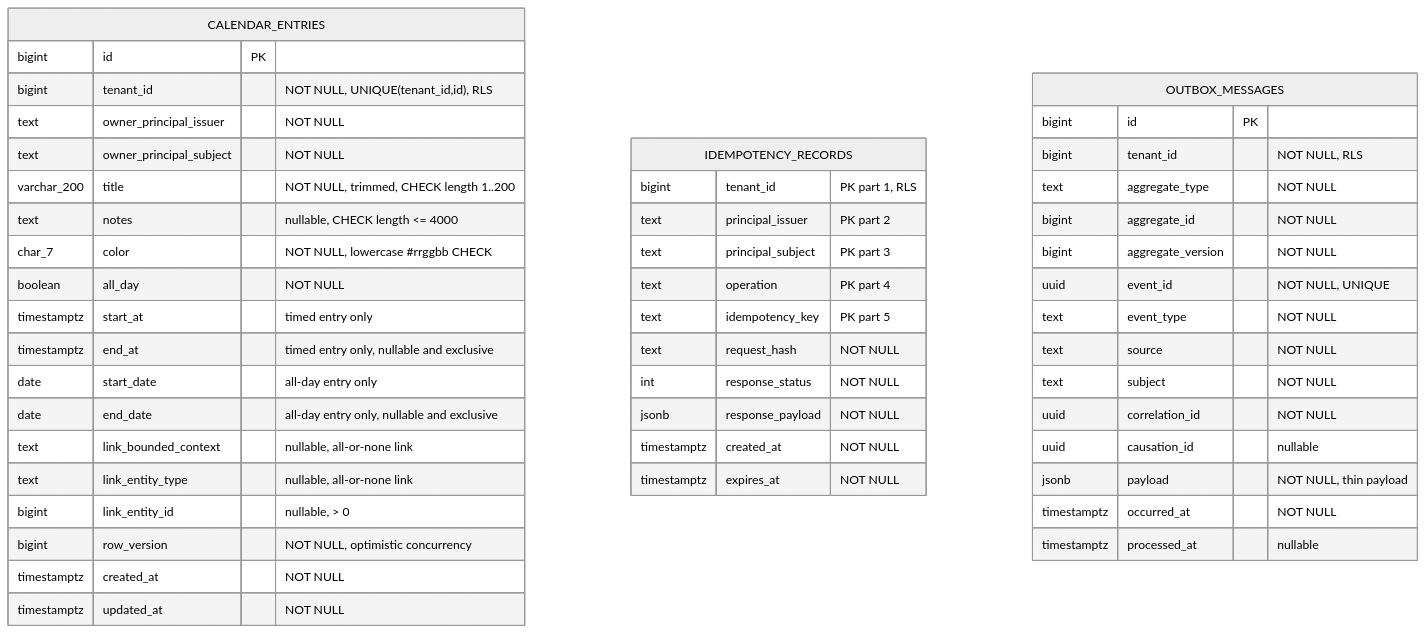
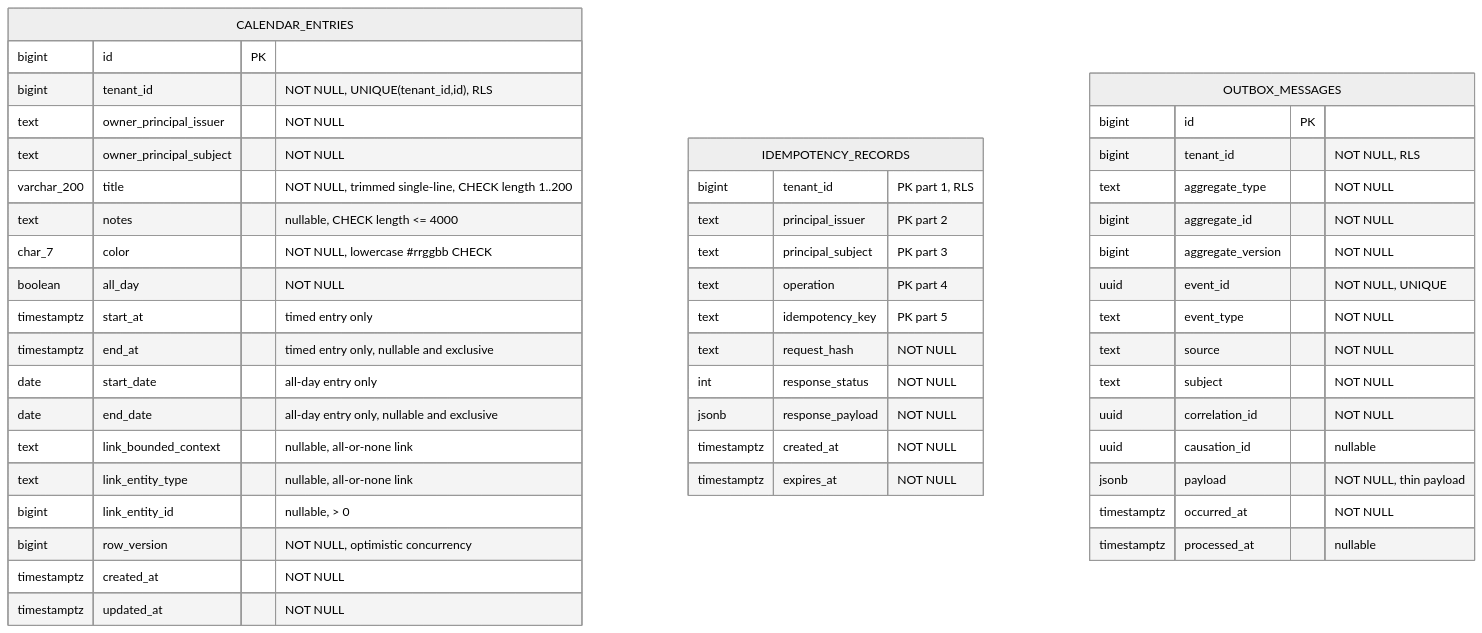
The diagram in docs/schema/collaboration-schema.md (ibrahimtezvergil/fynovio-platform), drawn with Mermaid (neutral theme) before and after one commit. The commit also changed other lines of this file and 5 other files, not shown here.

````diff
--- a/docs/schema/collaboration-schema.md
+++ b/docs/schema/collaboration-schema.md
@@ -22,53 +23,53 @@
 ```mermaid
 erDiagram
     CALENDAR_ENTRIES {
         bigint id PK
         bigint tenant_id "NOT NULL, UNIQUE(tenant_id,id), RLS"
         text owner_principal_issuer "NOT NULL"
         text owner_principal_subject "NOT NULL"
-        varchar_200 title "NOT NULL, trimmed, CHECK length 1..200"
+        varchar_200 title "NOT NULL, trimmed single-line, CHECK length 1..200"
         text notes "nullable, CHECK length <= 4000"
         char_7 color "NOT NULL, lowercase #rrggbb CHECK"
         boolean all_day "NOT NULL"
         timestamptz start_at "timed entry only"
         timestamptz end_at "timed entry only, nullable and exclusive"
         date start_date "all-day entry only"
         date end_date "all-day entry only, nullable and exclusive"
         text link_bounded_context "nullable, all-or-none link"
         text link_entity_type "nullable, all-or-none link"
         bigint link_entity_id "nullable, > 0"
         bigint row_version "NOT NULL, optimistic concurrency"
         timestamptz created_at "NOT NULL"
         timestamptz updated_at "NOT NULL"
     }
 
     IDEMPOTENCY_RECORDS {
         bigint tenant_id "PK part 1, RLS"
         text principal_issuer "PK part 2"
         text principal_subject "PK part 3"
         text operation "PK part 4"
         text idempotency_key "PK part 5"
         text request_hash "NOT NULL"
         int response_status "NOT NULL"
         jsonb response_payload "NOT NULL"
         timestamptz created_at "NOT NULL"
         timestamptz expires_at "NOT NULL"
     }
 
     OUTBOX_MESSAGES {
         bigint id PK
         bigint tenant_id "NOT NULL, RLS"
         text aggregate_type "NOT NULL"
         bigint aggregate_id "NOT NULL"
         bigint aggregate_version "NOT NULL"
         uuid event_id "NOT NULL, UNIQUE"
         text event_type "NOT NULL"
         text source "NOT NULL"
         text subject "NOT NULL"
         uuid correlation_id "NOT NULL"
         uuid causation_id "nullable"
         jsonb payload "NOT NULL, thin payload"
         timestamptz occurred_at "NOT NULL"
         timestamptz processed_at "nullable"
     }
 ```
````
